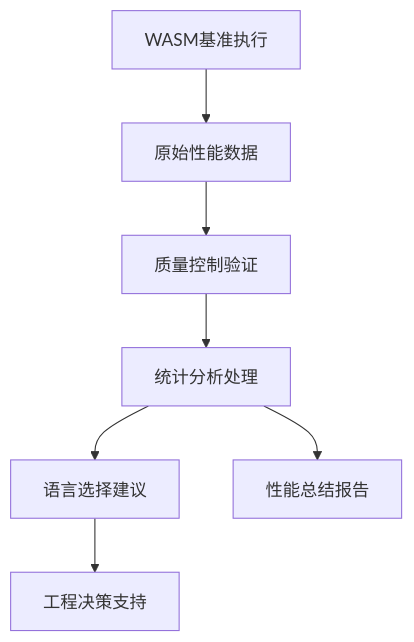
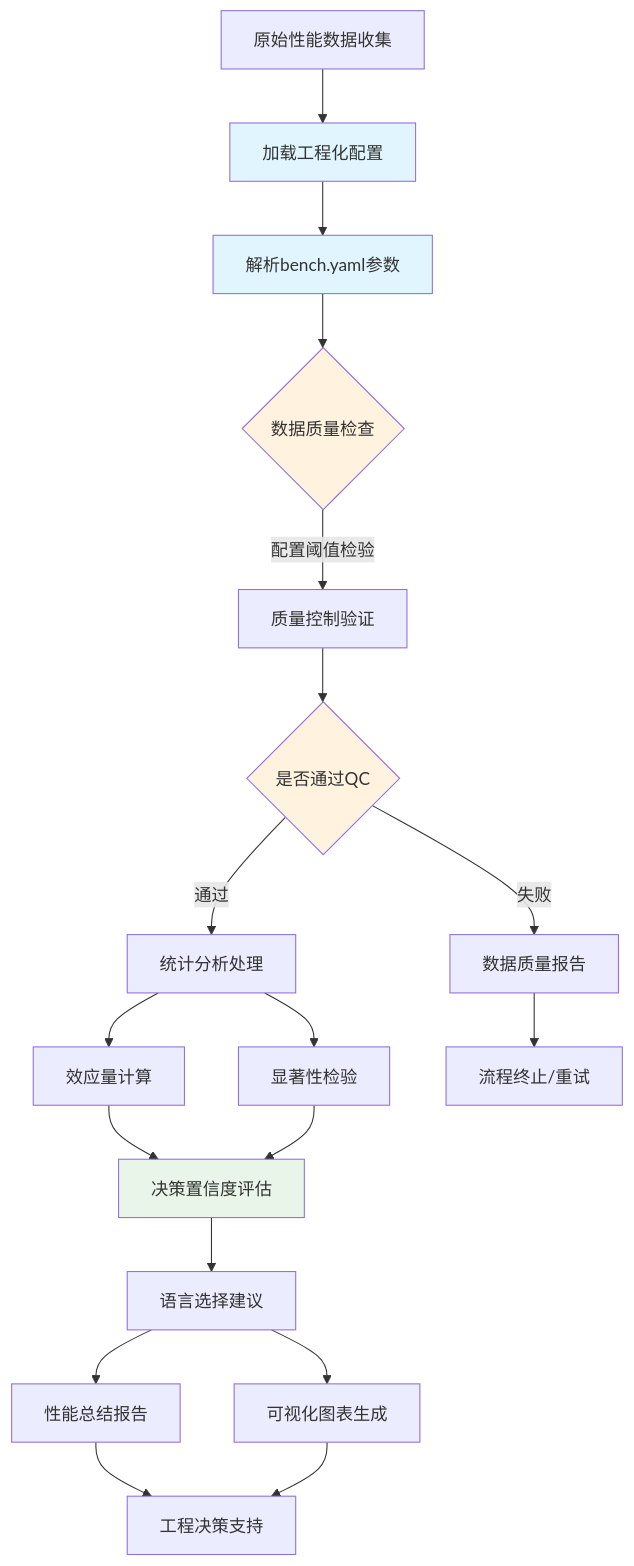
One commit to alleninnz/wasm-benchmark changed the diagram in docs/statistical-design-impl.md. Above: the diagram before and after it, drawn with Mermaid. The commit also changed other lines of this file, not shown here.

````diff
--- a/docs/statistical-design-impl.md
+++ b/docs/statistical-design-impl.md
@@ -77,9 +77,26 @@
 ```mermaid
 graph TD
-    A[WASM基准执行] --> B[原始性能数据]
-    B --> C[质量控制验证]
-    C --> D[统计分析处理]
-    D --> E[语言选择建议]
-    D --> F[性能总结报告]
-    E --> G[工程决策支持]
+    A[原始性能数据收集] --> B[加载工程化配置]
+    B --> C[解析bench.yaml参数]
+    C --> D{数据质量检查}
+    D -->|配置阈值检验| E[质量控制验证]
+    E --> F{是否通过QC}
+    F -->|通过| G[统计分析处理]
+    F -->|失败| H[数据质量报告]
+    G --> I[效应量计算]
+    G --> J[显著性检验]
+    I --> K[决策置信度评估]
+    J --> K
+    K --> L[语言选择建议]
+    L --> M[性能总结报告]
+    L --> N[可视化图表生成]
+    M --> O[工程决策支持]
+    N --> O
+    H --> P[流程终止/重试]
+
+    style B fill:#e1f5fe
+    style C fill:#e1f5fe
+    style D fill:#fff3e0
+    style F fill:#fff3e0
+    style K fill:#e8f5e8
 ```
````
